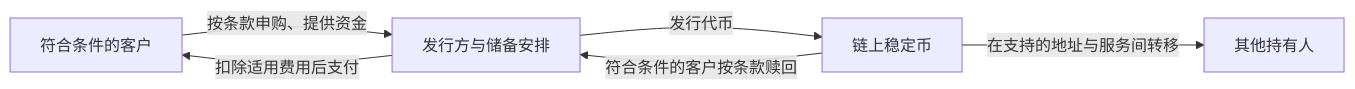
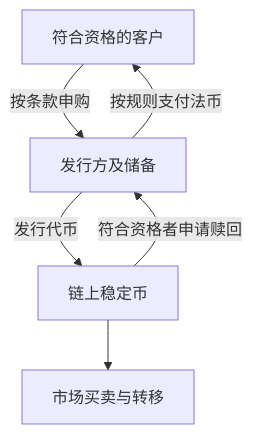
One commit to linshenwuqi/global-finance-infrastructure changed the diagram in 03-第三篇｜Crypto与链上金融/13-USDT、USDC与稳定币.md. Above: the diagram before and after it, drawn with Mermaid. The commit also changed other lines of this file and 20 other files, not shown here.

````diff
--- a/03-第三篇｜Crypto与链上金融/13-USDT、USDC与稳定币.md
+++ b/03-第三篇｜Crypto与链上金融/13-USDT、USDC与稳定币.md
@@ -61,8 +48,8 @@
 ```mermaid
-flowchart LR
-    A["符合条件的客户"] -->|"按条款申购、提供资金"| B["发行方与储备安排"]
-    B -->|"发行代币"| C["链上稳定币"]
-    C -->|"在支持的地址与服务间转移"| D["其他持有人"]
-    C -->|"符合条件的客户按条款赎回"| B
-    B -->|"扣除适用费用后支付"| A
+flowchart TB
+  A[符合资格的客户] -->|按条款申购| B[发行方及储备]
+  B -->|发行代币| C[链上稳定币]
+  C --> D[市场买卖与转移]
+  C -->|符合资格者申请赎回| B
+  B -->|按规则支付法币| A
 ```
````
